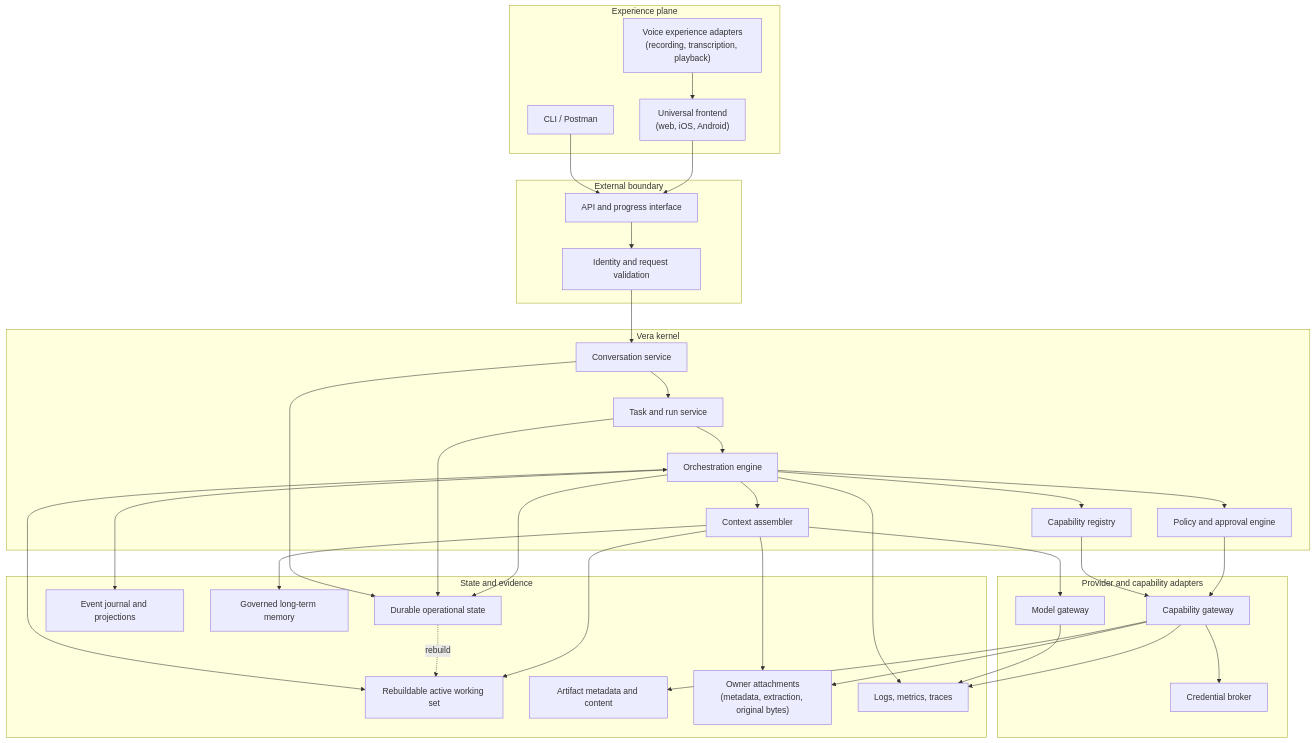
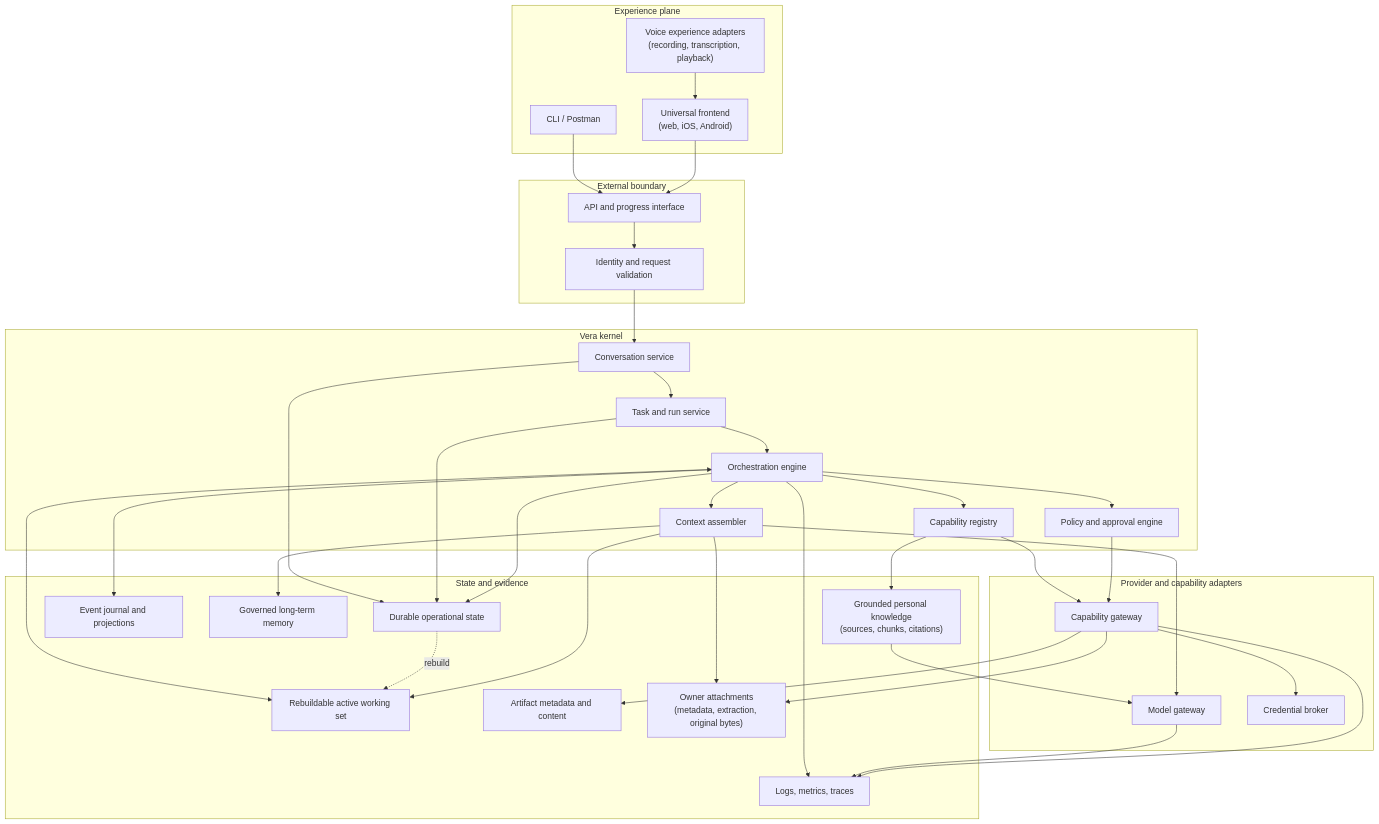
The second of 16 diagrams in docs/system-architecture.md (4romgod/vera), drawn with Mermaid before and after one commit. The commit also changed other lines of this file and 50 other files, not shown here.

Commit message:
feat: add grounded personal knowledge (#26)

````diff
--- a/docs/system-architecture.md
+++ b/docs/system-architecture.md
@@ -82,66 +84,69 @@
 ```mermaid
 flowchart TB
     subgraph Experience["Experience plane"]
         CLI["CLI / Postman"]
         FRONTEND["Universal frontend<br/>(web, iOS, Android)"]
         VOICE["Voice experience adapters<br/>(recording, transcription, playback)"]
     end
 
     subgraph Boundary["External boundary"]
         API["API and progress interface"]
         ID["Identity and request validation"]
     end
 
     subgraph Kernel["Vera kernel"]
         CONV["Conversation service"]
         TASK["Task and run service"]
         ORCH["Orchestration engine"]
         POLICY["Policy and approval engine"]
         REG["Capability registry"]
         CONTEXT["Context assembler"]
     end
 
     subgraph Adapters["Provider and capability adapters"]
         MODEL["Model gateway"]
         CAP["Capability gateway"]
         CREDS["Credential broker"]
     end
 
     subgraph State["State and evidence"]
         OPS["Durable operational state"]
         WORK["Rebuildable active working set"]
         EVENTS["Event journal and projections"]
         MEMORY["Governed long-term memory"]
+        KNOWLEDGE["Grounded personal knowledge<br/>(sources, chunks, citations)"]
         ART["Artifact metadata and content"]
         DOC["Owner attachments<br/>(metadata, extraction, original bytes)"]
         OBS["Logs, metrics, traces"]
     end
 
     CLI --> API
     FRONTEND --> API
     VOICE --> FRONTEND
     API --> ID --> CONV
     CONV --> TASK --> ORCH
     ORCH --> CONTEXT
     ORCH --> POLICY
     ORCH --> REG
     CONTEXT --> MODEL
     REG --> CAP
     POLICY --> CAP
     CAP --> CREDS
 
     CONV --> OPS
     TASK --> OPS
     ORCH --> OPS
     ORCH <--> WORK
     OPS -. "rebuild" .-> WORK
     ORCH --> EVENTS
     CONTEXT --> WORK
     CONTEXT --> MEMORY
+    REG --> KNOWLEDGE
+    KNOWLEDGE --> MODEL
     CONTEXT --> DOC
     CAP --> ART
     CAP --> DOC
     ORCH --> OBS
     MODEL --> OBS
     CAP --> OBS
 ```
````
